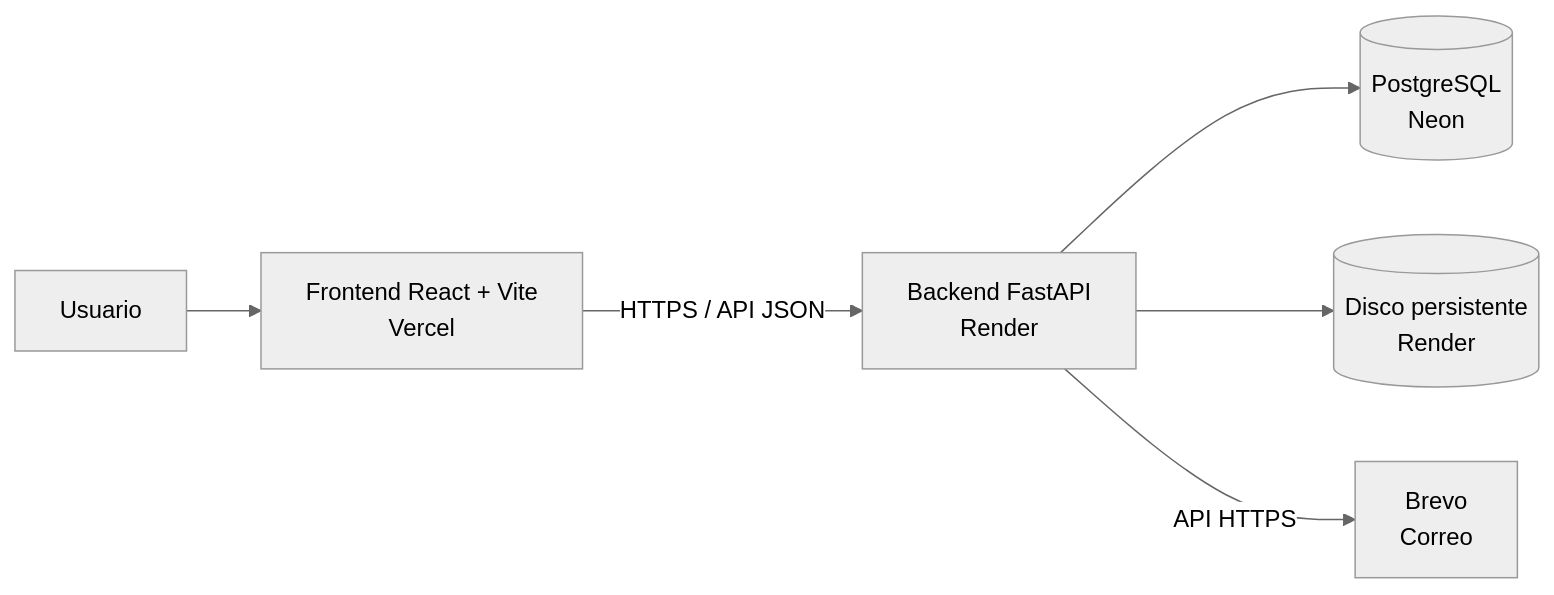
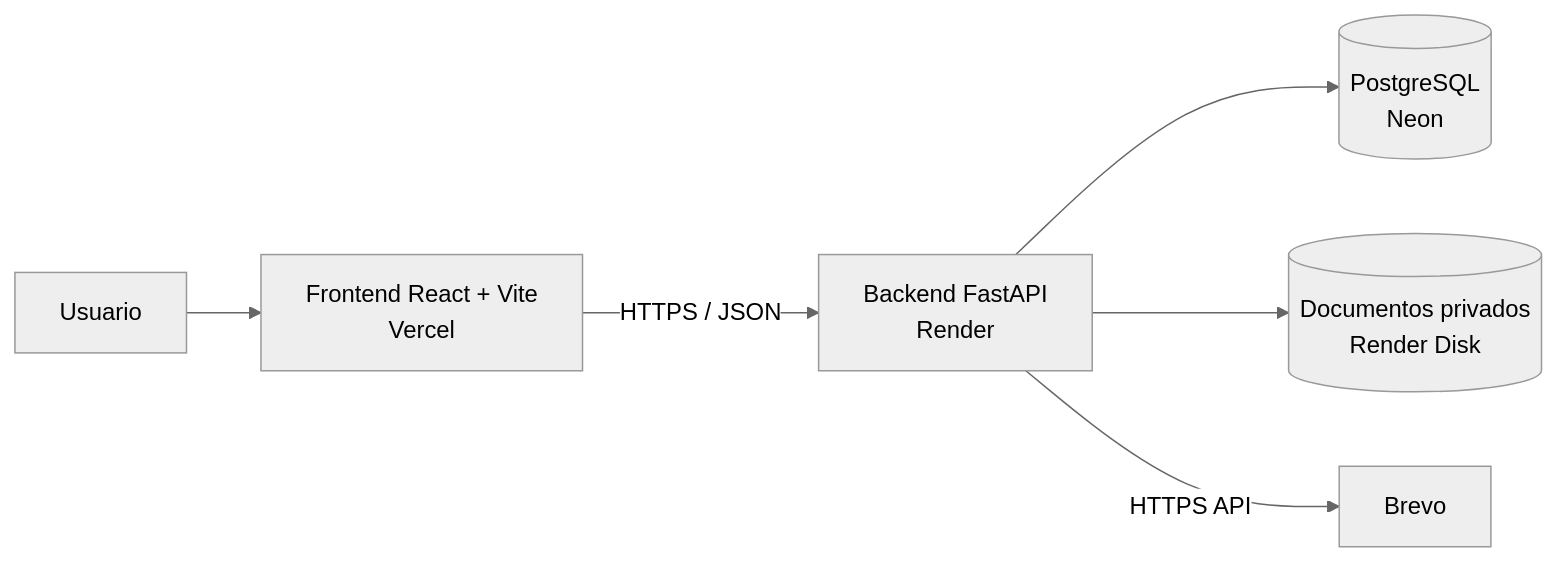
Before and after one commit to jquesada92/flujo-solicitud-gastos: the diagram in README.md, drawn with Mermaid (neutral theme). The commit also changed other lines of this file, not shown here.

````diff
--- a/README.md
+++ b/README.md
@@ -35,8 +57,8 @@
 ```mermaid
 flowchart LR
     U[Usuario] --> V[Frontend React + Vite<br/>Vercel]
-    V -->|HTTPS / API JSON| R[Backend FastAPI<br/>Render]
+    V -->|HTTPS / JSON| R[Backend FastAPI<br/>Render]
     R --> N[(PostgreSQL<br/>Neon)]
-    R --> D[(Disco persistente<br/>Render)]
-    R -->|API HTTPS| B[Brevo<br/>Correo]
+    R --> D[(Documentos privados<br/>Render Disk)]
+    R -->|HTTPS API| B[Brevo]
 ```
````
